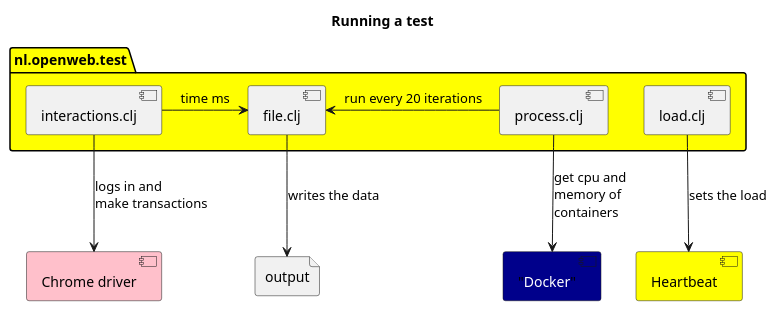
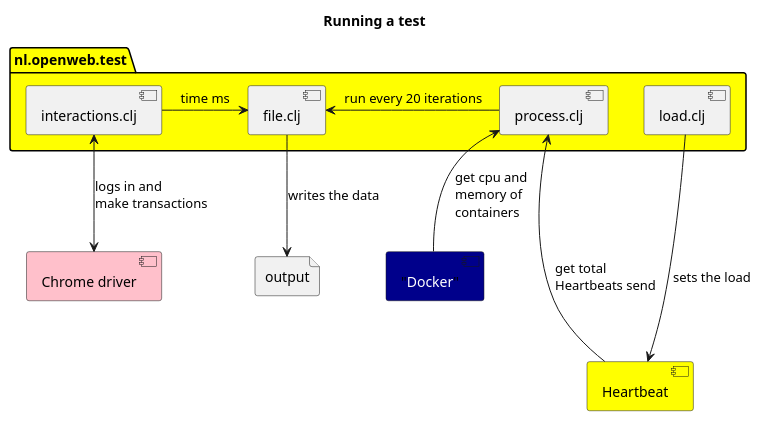
The diagram in resources/running-a-test.puml (openweb-nl/open-bank-mark), drawn with PlantUML before and after one commit. The commit also changed 12 other files, not shown here.

Commit message:
small improvements to the uml's

```diff
--- a/resources/running-a-test.puml
+++ b/resources/running-a-test.puml
@@ -1,23 +1,24 @@
 @startuml
 
 title Running a test
 
 package nl.openweb.test #Yellow {
     component file.clj as fi
     component interactions.clj as in
     component load.clj as lo
     component process.clj as pr
 }
 [Chrome driver] as cd #Pink
 [Heartbeat] as hb #Yellow
 ["<color:white>Docker</color>"] as do #DarkBlue
 file output
 
 fi <- pr: run every 20 iterations
 in -> fi: time ms
 fi --> output :writes the data
-in --> cd :logs in and\lmake transactions
+in <--> cd :logs in and\lmake transactions
 lo --> hb :sets the load
-pr --> do :get cpu and\lmemory of\ncontainers
+pr <-- do :get cpu and\lmemory of\ncontainers
+pr <--- hb :get total\lHeartbeats send
 
 @enduml
```
